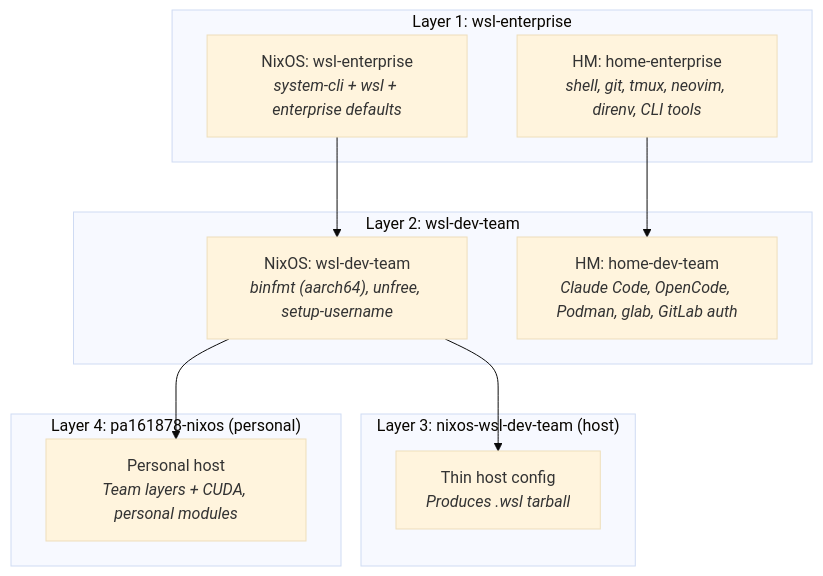
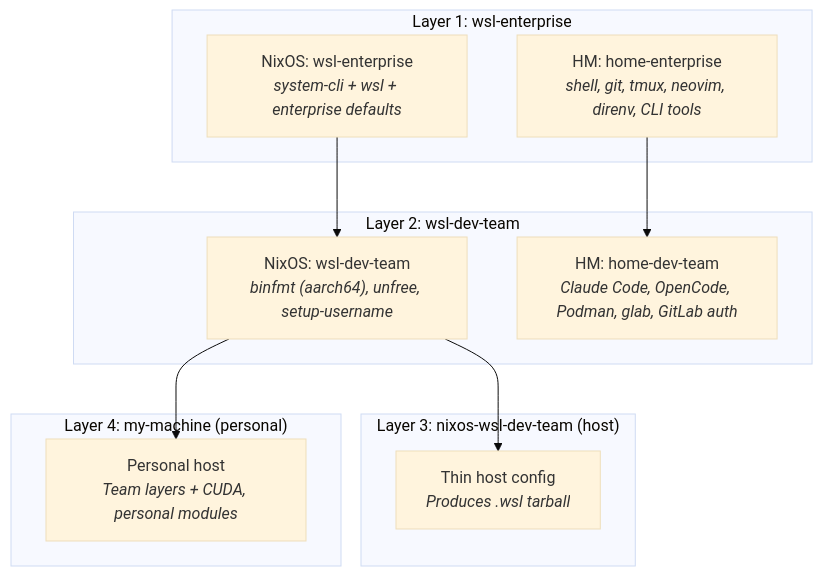
The diagram in docs/WSL-CONFIGURATION-GUIDE.md (timblaktu/nixcfg), drawn with Mermaid (base theme) before and after one commit. The commit also changed other lines of this file and 53 other files, not shown here.

````diff
--- a/docs/WSL-CONFIGURATION-GUIDE.md
+++ b/docs/WSL-CONFIGURATION-GUIDE.md
@@ -16,25 +16,25 @@
 ```mermaid
 graph TD
     subgraph "Layer 1: wsl-enterprise"
         E_NixOS["NixOS: wsl-enterprise<br/><i>system-cli + wsl + enterprise defaults</i>"]
         E_HM["HM: home-enterprise<br/><i>shell, git, tmux, neovim, direnv, CLI tools</i>"]
     end
 
     subgraph "Layer 2: wsl-dev-team"
         T_NixOS["NixOS: wsl-dev-team<br/><i>binfmt (aarch64), unfree, setup-username</i>"]
         T_HM["HM: home-dev-team<br/><i>Claude Code, OpenCode, Podman, glab, GitLab auth</i>"]
     end
 
     subgraph "Layer 3: nixos-wsl-dev-team (host)"
         Host["Thin host config<br/><i>Produces .wsl tarball</i>"]
     end
 
-    subgraph "Layer 4: pa161878-nixos (personal)"
+    subgraph "Layer 4: my-machine (personal)"
         Personal["Personal host<br/><i>Team layers + CUDA, personal modules</i>"]
     end
 
     E_NixOS --> T_NixOS
     E_HM --> T_HM
     T_NixOS --> Host
     T_NixOS --> Personal
 ```
````
